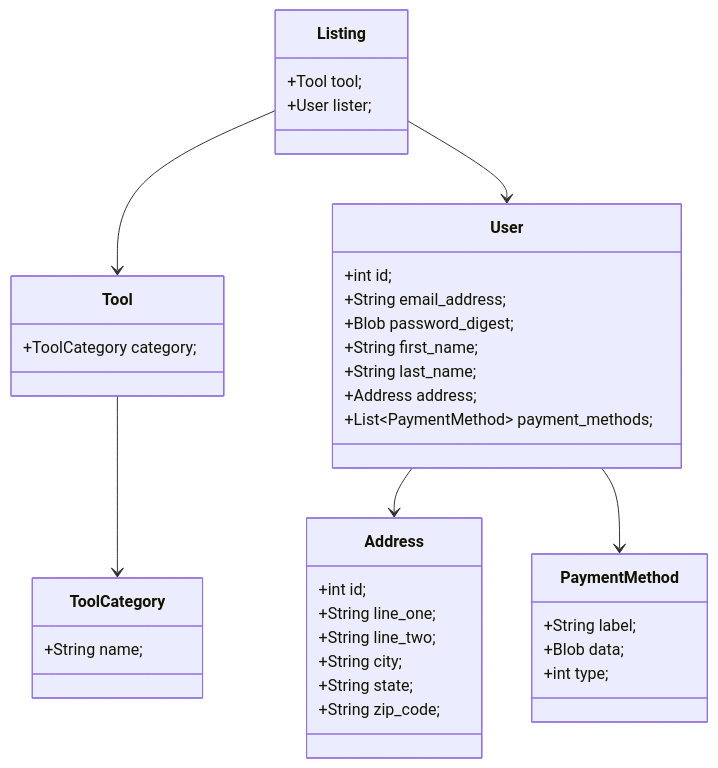
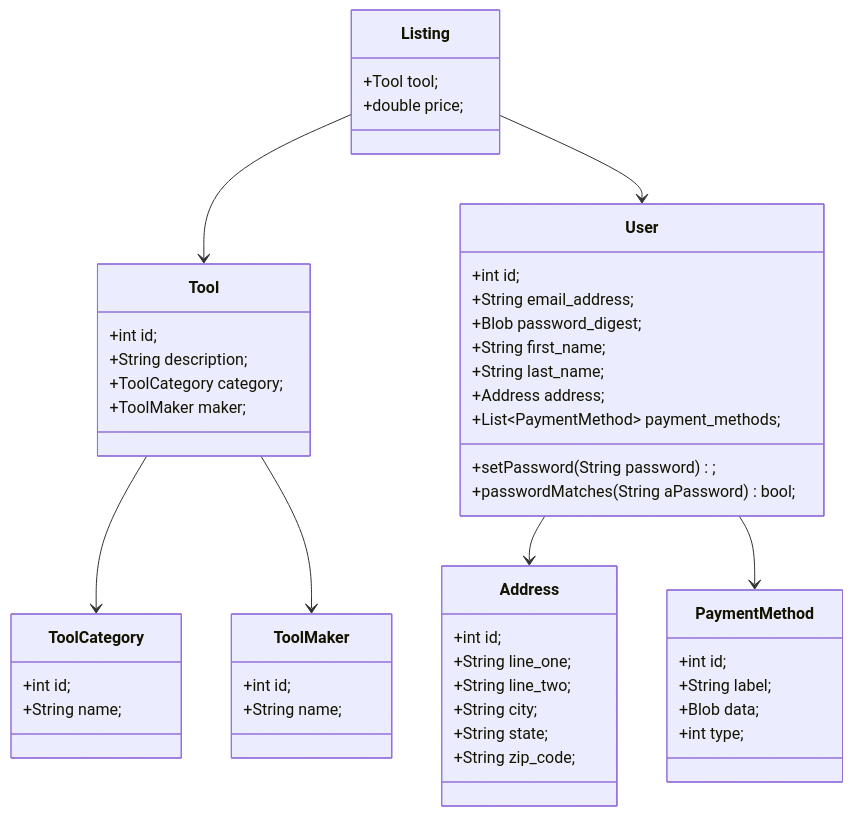
The first of 3 diagrams in documentation/docs/system-architecture/design.md (Capstone-Projects-2023-Spring/project-tool-shed), drawn with Mermaid before and after one commit.

````diff
--- a/documentation/docs/system-architecture/design.md
+++ b/documentation/docs/system-architecture/design.md
@@ -7,40 +7,52 @@
 ```mermaid
 classDiagram
     class Address {
         +int id;
         +String line_one;
         +String line_two;
         +String city;
         +String state;
         +String zip_code;
     }
     class PaymentMethod {
+        +int id;
         +String label;
         +Blob data;
         +int type;
     }
     class User{
         +int id;
         +String email_address;
         +Blob password_digest;
         +String first_name;
         +String last_name;
         +Address address;
         +List~PaymentMethod~ payment_methods;
+        +setPassword(String password);
+        +passwordMatches(String aPassword) bool;
     }
     class ToolCategory {
+        +int id;
         +String name;
     }
     class Tool {
+        +int id;
+        +String description;
         +ToolCategory category;
+        +ToolMaker maker;
+    }
+    class ToolMaker {
+        +int id;
+        +String name;
     }
     class Listing {
         +Tool tool;
-        +User lister;
+        +double price;
     }
     Tool --> ToolCategory
+    Tool --> ToolMaker
     Listing --> Tool
     Listing --> User
     User --> Address
     User --> PaymentMethod
 ```
````
